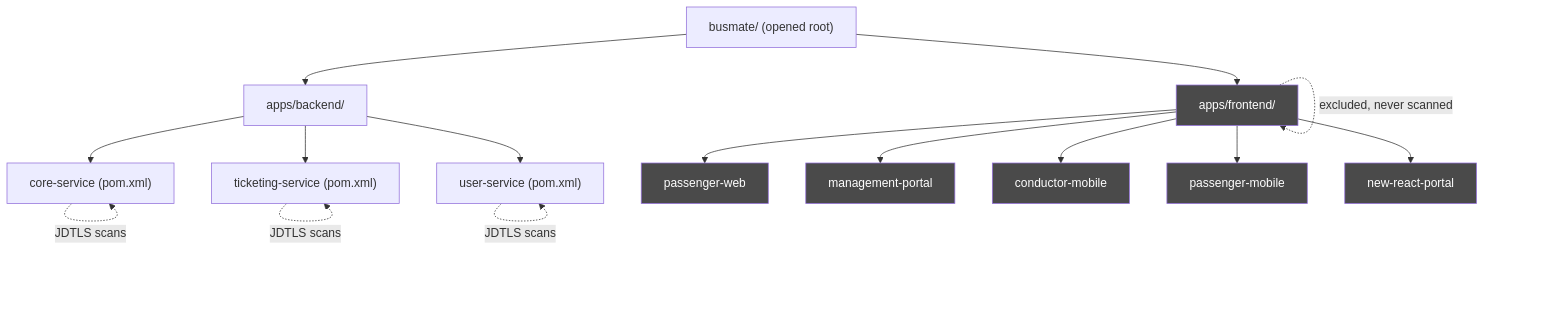
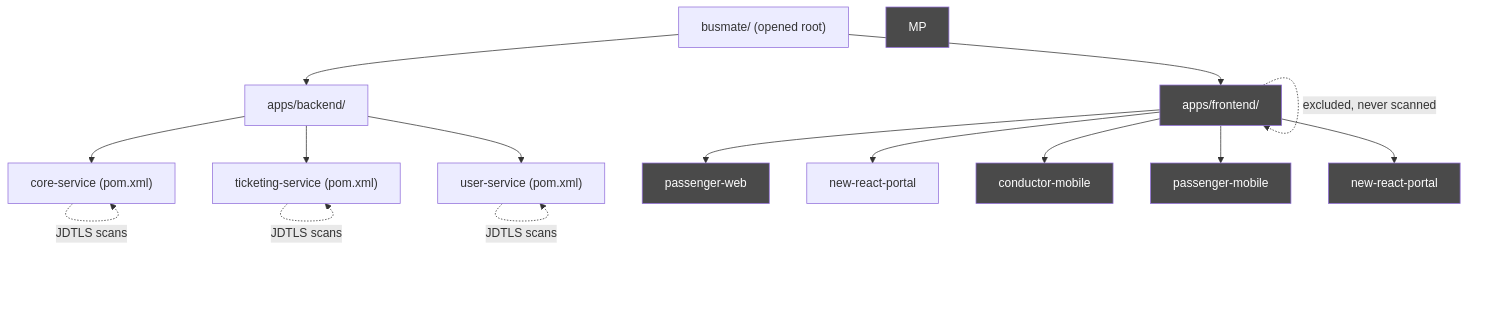
Before and after one commit to kavindadimuthu/busmate: the third of 4 diagrams in docs/vscode-monorepo-performance-optimization.md, drawn with Mermaid. The commit also changed other lines of this file and 23 other files, not shown here.

First line of the commit message:
docs: repoint stale management-portal references to new-react-portal

````diff
--- a/docs/vscode-monorepo-performance-optimization.md
+++ b/docs/vscode-monorepo-performance-optimization.md
@@ -118,25 +118,25 @@
 ```mermaid
 flowchart TD
     Root["busmate/ (opened root)"] --> BE["apps/backend/"]
     Root --> FE["apps/frontend/"]
     BE --> CS["core-service (pom.xml)"]
     BE --> TS["ticketing-service (pom.xml)"]
     BE --> US["user-service (pom.xml)"]
     FE --> PW["passenger-web"]
-    FE --> MP["management-portal"]
+    FE --> NRP["new-react-portal"]
     FE --> CM["conductor-mobile"]
     FE --> PM["passenger-mobile"]
     FE --> NP["new-react-portal"]
 
     CS -.JDTLS scans.-> CS
     TS -.JDTLS scans.-> TS
     US -.JDTLS scans.-> US
     FE -.excluded, never scanned.-> FE
 
     style FE fill:#4a4a4a,color:#fff
     style PW fill:#4a4a4a,color:#fff
     style MP fill:#4a4a4a,color:#fff
     style CM fill:#4a4a4a,color:#fff
     style PM fill:#4a4a4a,color:#fff
     style NP fill:#4a4a4a,color:#fff
 ```
````
